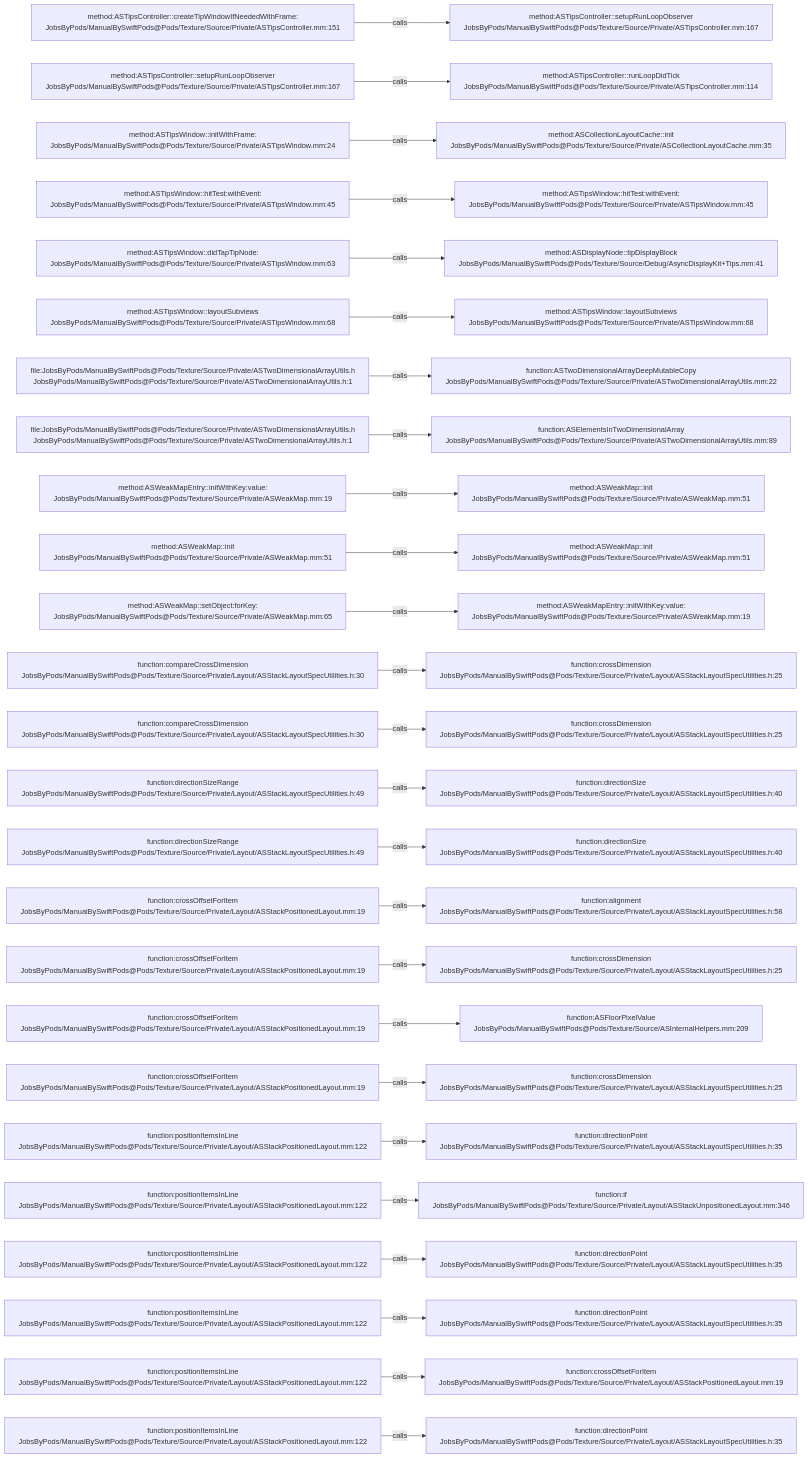
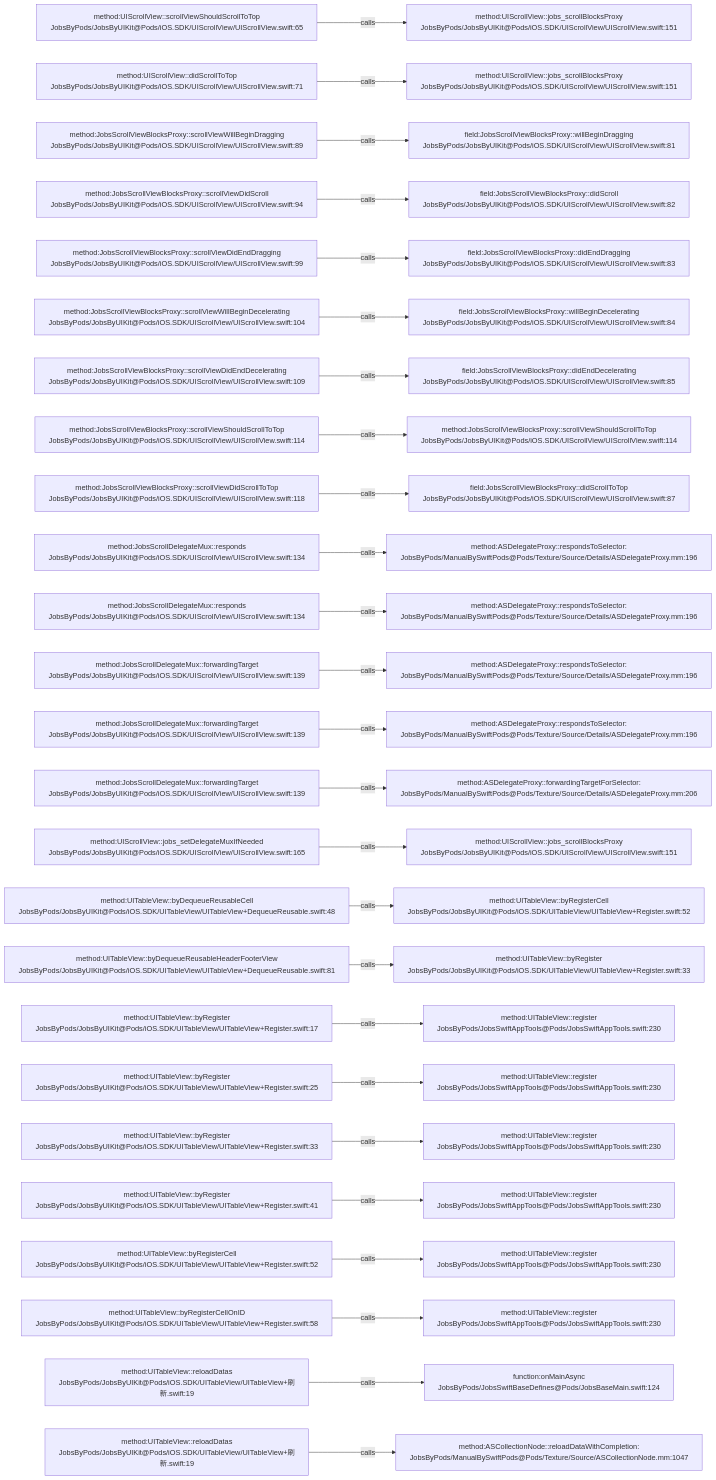
The diagram in .codegraph/codegraph.md/graphs/calls-123.md (JobsKits/JobsSwiftBaseConfigDemo), drawn with Mermaid before and after one commit. The commit also changed 224 other files, not shown here.

````diff
--- a/.codegraph/codegraph.md/graphs/calls-123.md
+++ b/.codegraph/codegraph.md/graphs/calls-123.md
@@ -13,78 +13,78 @@
 ```mermaid
 flowchart LR
-  S1["method:ASTipsController::createTipWindowIfNeededWithFrame:<br/>JobsByPods/ManualBySwiftPods@Pods/Texture/Source/Private/ASTipsController.mm:151"]
-  T1["method:ASTipsController::setupRunLoopObserver<br/>JobsByPods/ManualBySwiftPods@Pods/Texture/Source/Private/ASTipsController.mm:167"]
+  S1["method:UIScrollView::scrollViewShouldScrollToTop<br/>JobsByPods/JobsByUIKit@Pods/iOS.SDK/UIScrollView/UIScrollView.swift:65"]
+  T1["method:UIScrollView::jobs_scrollBlocksProxy<br/>JobsByPods/JobsByUIKit@Pods/iOS.SDK/UIScrollView/UIScrollView.swift:151"]
   S1 -->|calls| T1
-  S2["method:ASTipsController::setupRunLoopObserver<br/>JobsByPods/ManualBySwiftPods@Pods/Texture/Source/Private/ASTipsController.mm:167"]
-  T2["method:ASTipsController::runLoopDidTick<br/>JobsByPods/ManualBySwiftPods@Pods/Texture/Source/Private/ASTipsController.mm:114"]
+  S2["method:UIScrollView::didScrollToTop<br/>JobsByPods/JobsByUIKit@Pods/iOS.SDK/UIScrollView/UIScrollView.swift:71"]
+  T2["method:UIScrollView::jobs_scrollBlocksProxy<br/>JobsByPods/JobsByUIKit@Pods/iOS.SDK/UIScrollView/UIScrollView.swift:151"]
   S2 -->|calls| T2
-  S3["method:ASTipsWindow::initWithFrame:<br/>JobsByPods/ManualBySwiftPods@Pods/Texture/Source/Private/ASTipsWindow.mm:24"]
-  T3["method:ASCollectionLayoutCache::init<br/>JobsByPods/ManualBySwiftPods@Pods/Texture/Source/Private/ASCollectionLayoutCache.mm:35"]
+  S3["method:JobsScrollViewBlocksProxy::scrollViewWillBeginDragging<br/>JobsByPods/JobsByUIKit@Pods/iOS.SDK/UIScrollView/UIScrollView.swift:89"]
+  T3["field:JobsScrollViewBlocksProxy::willBeginDragging<br/>JobsByPods/JobsByUIKit@Pods/iOS.SDK/UIScrollView/UIScrollView.swift:81"]
   S3 -->|calls| T3
-  S4["method:ASTipsWindow::hitTest:withEvent:<br/>JobsByPods/ManualBySwiftPods@Pods/Texture/Source/Private/ASTipsWindow.mm:45"]
-  T4["method:ASTipsWindow::hitTest:withEvent:<br/>JobsByPods/ManualBySwiftPods@Pods/Texture/Source/Private/ASTipsWindow.mm:45"]
+  S4["method:JobsScrollViewBlocksProxy::scrollViewDidScroll<br/>JobsByPods/JobsByUIKit@Pods/iOS.SDK/UIScrollView/UIScrollView.swift:94"]
+  T4["field:JobsScrollViewBlocksProxy::didScroll<br/>JobsByPods/JobsByUIKit@Pods/iOS.SDK/UIScrollView/UIScrollView.swift:82"]
   S4 -->|calls| T4
-  S5["method:ASTipsWindow::didTapTipNode:<br/>JobsByPods/ManualBySwiftPods@Pods/Texture/Source/Private/ASTipsWindow.mm:63"]
-  T5["method:ASDisplayNode::tipDisplayBlock<br/>JobsByPods/ManualBySwiftPods@Pods/Texture/Source/Debug/AsyncDisplayKit+Tips.mm:41"]
+  S5["method:JobsScrollViewBlocksProxy::scrollViewDidEndDragging<br/>JobsByPods/JobsByUIKit@Pods/iOS.SDK/UIScrollView/UIScrollView.swift:99"]
+  T5["field:JobsScrollViewBlocksProxy::didEndDragging<br/>JobsByPods/JobsByUIKit@Pods/iOS.SDK/UIScrollView/UIScrollView.swift:83"]
   S5 -->|calls| T5
-  S6["method:ASTipsWindow::layoutSubviews<br/>JobsByPods/ManualBySwiftPods@Pods/Texture/Source/Private/ASTipsWindow.mm:68"]
-  T6["method:ASTipsWindow::layoutSubviews<br/>JobsByPods/ManualBySwiftPods@Pods/Texture/Source/Private/ASTipsWindow.mm:68"]
+  S6["method:JobsScrollViewBlocksProxy::scrollViewWillBeginDecelerating<br/>JobsByPods/JobsByUIKit@Pods/iOS.SDK/UIScrollView/UIScrollView.swift:104"]
+  T6["field:JobsScrollViewBlocksProxy::willBeginDecelerating<br/>JobsByPods/JobsByUIKit@Pods/iOS.SDK/UIScrollView/UIScrollView.swift:84"]
   S6 -->|calls| T6
-  S7["file:JobsByPods/ManualBySwiftPods@Pods/Texture/Source/Private/ASTwoDimensionalArrayUtils.h<br/>JobsByPods/ManualBySwiftPods@Pods/Texture/Source/Private/ASTwoDimensionalArrayUtils.h:1"]
-  T7["function:ASTwoDimensionalArrayDeepMutableCopy<br/>JobsByPods/ManualBySwiftPods@Pods/Texture/Source/Private/ASTwoDimensionalArrayUtils.mm:22"]
+  S7["method:JobsScrollViewBlocksProxy::scrollViewDidEndDecelerating<br/>JobsByPods/JobsByUIKit@Pods/iOS.SDK/UIScrollView/UIScrollView.swift:109"]
+  T7["field:JobsScrollViewBlocksProxy::didEndDecelerating<br/>JobsByPods/JobsByUIKit@Pods/iOS.SDK/UIScrollView/UIScrollView.swift:85"]
   S7 -->|calls| T7
-  S8["file:JobsByPods/ManualBySwiftPods@Pods/Texture/Source/Private/ASTwoDimensionalArrayUtils.h<br/>JobsByPods/ManualBySwiftPods@Pods/Texture/Source/Private/ASTwoDimensionalArrayUtils.h:1"]
-  T8["function:ASElementsInTwoDimensionalArray<br/>JobsByPods/ManualBySwiftPods@Pods/Texture/Source/Private/ASTwoDimensionalArrayUtils.mm:89"]
+  S8["method:JobsScrollViewBlocksProxy::scrollViewShouldScrollToTop<br/>JobsByPods/JobsByUIKit@Pods/iOS.SDK/UIScrollView/UIScrollView.swift:114"]
+  T8["method:JobsScrollViewBlocksProxy::scrollViewShouldScrollToTop<br/>JobsByPods/JobsByUIKit@Pods/iOS.SDK/UIScrollView/UIScrollView.swift:114"]
   S8 -->|calls| T8
-  S9["method:ASWeakMapEntry::initWithKey:value:<br/>JobsByPods/ManualBySwiftPods@Pods/Texture/Source/Private/ASWeakMap.mm:19"]
-  T9["method:ASWeakMap::init<br/>JobsByPods/ManualBySwiftPods@Pods/Texture/Source/Private/ASWeakMap.mm:51"]
+  S9["method:JobsScrollViewBlocksProxy::scrollViewDidScrollToTop<br/>JobsByPods/JobsByUIKit@Pods/iOS.SDK/UIScrollView/UIScrollView.swift:118"]
+  T9["field:JobsScrollViewBlocksProxy::didScrollToTop<br/>JobsByPods/JobsByUIKit@Pods/iOS.SDK/UIScrollView/UIScrollView.swift:87"]
   S9 -->|calls| T9
-  S10["method:ASWeakMap::init<br/>JobsByPods/ManualBySwiftPods@Pods/Texture/Source/Private/ASWeakMap.mm:51"]
-  T10["method:ASWeakMap::init<br/>JobsByPods/ManualBySwiftPods@Pods/Texture/Source/Private/ASWeakMap.mm:51"]
+  S10["method:JobsScrollDelegateMux::responds<br/>JobsByPods/JobsByUIKit@Pods/iOS.SDK/UIScrollView/UIScrollView.swift:134"]
+  T10["method:ASDelegateProxy::respondsToSelector:<br/>JobsByPods/ManualBySwiftPods@Pods/Texture/Source/Details/ASDelegateProxy.mm:196"]
   S10 -->|calls| T10
-  S11["method:ASWeakMap::setObject:forKey:<br/>JobsByPods/ManualBySwiftPods@Pods/Texture/Source/Private/ASWeakMap.mm:65"]
-  T11["method:ASWeakMapEntry::initWithKey:value:<br/>JobsByPods/ManualBySwiftPods@Pods/Texture/Source/Private/ASWeakMap.mm:19"]
+  S11["method:JobsScrollDelegateMux::responds<br/>JobsByPods/JobsByUIKit@Pods/iOS.SDK/UIScrollView/UIScrollView.swift:134"]
+  T11["method:ASDelegateProxy::respondsToSelector:<br/>JobsByPods/ManualBySwiftPods@Pods/Texture/Source/Details/ASDelegateProxy.mm:196"]
   S11 -->|calls| T11
-  S12["function:compareCrossDimension<br/>JobsByPods/ManualBySwiftPods@Pods/Texture/Source/Private/Layout/ASStackLayoutSpecUtilities.h:30"]
-  T12["function:crossDimension<br/>JobsByPods/ManualBySwiftPods@Pods/Texture/Source/Private/Layout/ASStackLayoutSpecUtilities.h:25"]
+  S12["method:JobsScrollDelegateMux::forwardingTarget<br/>JobsByPods/JobsByUIKit@Pods/iOS.SDK/UIScrollView/UIScrollView.swift:139"]
+  T12["method:ASDelegateProxy::respondsToSelector:<br/>JobsByPods/ManualBySwiftPods@Pods/Texture/Source/Details/ASDelegateProxy.mm:196"]
   S12 -->|calls| T12
-  S13["function:compareCrossDimension<br/>JobsByPods/ManualBySwiftPods@Pods/Texture/Source/Private/Layout/ASStackLayoutSpecUtilities.h:30"]
-  T13["function:crossDimension<br/>JobsByPods/ManualBySwiftPods@Pods/Texture/Source/Private/Layout/ASStackLayoutSpecUtilities.h:25"]
+  S13["method:JobsScrollDelegateMux::forwardingTarget<br/>JobsByPods/JobsByUIKit@Pods/iOS.SDK/UIScrollView/UIScrollView.swift:139"]
+  T13["method:ASDelegateProxy::respondsToSelector:<br/>JobsByPods/ManualBySwiftPods@Pods/Texture/Source/Details/ASDelegateProxy.mm:196"]
   S13 -->|calls| T13
-  S14["function:directionSizeRange<br/>JobsByPods/ManualBySwiftPods@Pods/Texture/Source/Private/Layout/ASStackLayoutSpecUtilities.h:49"]
-  T14["function:directionSize<br/>JobsByPods/ManualBySwiftPods@Pods/Texture/Source/Private/Layout/ASStackLayoutSpecUtilities.h:40"]
+  S14["method:JobsScrollDelegateMux::forwardingTarget<br/>JobsByPods/JobsByUIKit@Pods/iOS.SDK/UIScrollView/UIScrollView.swift:139"]
+  T14["method:ASDelegateProxy::forwardingTargetForSelector:<br/>JobsByPods/ManualBySwiftPods@Pods/Texture/Source/Details/ASDelegateProxy.mm:206"]
   S14 -->|calls| T14
-  S15["function:directionSizeRange<br/>JobsByPods/ManualBySwiftPods@Pods/Texture/Source/Private/Layout/ASStackLayoutSpecUtilities.h:49"]
-  T15["function:directionSize<br/>JobsByPods/ManualBySwiftPods@Pods/Texture/Source/Private/Layout/ASStackLayoutSpecUtilities.h:40"]
+  S15["method:UIScrollView::jobs_setDelegateMuxIfNeeded<br/>JobsByPods/JobsByUIKit@Pods/iOS.SDK/UIScrollView/UIScrollView.swift:165"]
+  T15["method:UIScrollView::jobs_scrollBlocksProxy<br/>JobsByPods/JobsByUIKit@Pods/iOS.SDK/UIScrollView/UIScrollView.swift:151"]
   S15 -->|calls| T15
-  S16["function:crossOffsetForItem<br/>JobsByPods/ManualBySwiftPods@Pods/Texture/Source/Private/Layout/ASStackPositionedLayout.mm:19"]
-  T16["function:alignment<br/>JobsByPods/ManualBySwiftPods@Pods/Texture/Source/Private/Layout/ASStackLayoutSpecUtilities.h:58"]
+  S16["method:UITableView::byDequeueReusableCell<br/>JobsByPods/JobsByUIKit@Pods/iOS.SDK/UITableView/UITableView+DequeueReusable.swift:48"]
+  T16["method:UITableView::byRegisterCell<br/>JobsByPods/JobsByUIKit@Pods/iOS.SDK/UITableView/UITableView+Register.swift:52"]
   S16 -->|calls| T16
-  S17["function:crossOffsetForItem<br/>JobsByPods/ManualBySwiftPods@Pods/Texture/Source/Private/Layout/ASStackPositionedLayout.mm:19"]
-  T17["function:crossDimension<br/>JobsByPods/ManualBySwiftPods@Pods/Texture/Source/Private/Layout/ASStackLayoutSpecUtilities.h:25"]
+  S17["method:UITableView::byDequeueReusableHeaderFooterView<br/>JobsByPods/JobsByUIKit@Pods/iOS.SDK/UITableView/UITableView+DequeueReusable.swift:81"]
+  T17["method:UITableView::byRegister<br/>JobsByPods/JobsByUIKit@Pods/iOS.SDK/UITableView/UITableView+Register.swift:33"]
   S17 -->|calls| T17
-  S18["function:crossOffsetForItem<br/>JobsByPods/ManualBySwiftPods@Pods/Texture/Source/Private/Layout/ASStackPositionedLayout.mm:19"]
-  T18["function:ASFloorPixelValue<br/>JobsByPods/ManualBySwiftPods@Pods/Texture/Source/ASInternalHelpers.mm:209"]
+  S18["method:UITableView::byRegister<br/>JobsByPods/JobsByUIKit@Pods/iOS.SDK/UITableView/UITableView+Register.swift:17"]
+  T18["method:UITableView::register<br/>JobsByPods/JobsSwiftAppTools@Pods/JobsSwiftAppTools.swift:230"]
   S18 -->|calls| T18
-  S19["function:crossOffsetForItem<br/>JobsByPods/ManualBySwiftPods@Pods/Texture/Source/Private/Layout/ASStackPositionedLayout.mm:19"]
-  T19["function:crossDimension<br/>JobsByPods/ManualBySwiftPods@Pods/Texture/Source/Private/Layout/ASStackLayoutSpecUtilities.h:25"]
+  S19["method:UITableView::byRegister<br/>JobsByPods/JobsByUIKit@Pods/iOS.SDK/UITableView/UITableView+Register.swift:25"]
+  T19["method:UITableView::register<br/>JobsByPods/JobsSwiftAppTools@Pods/JobsSwiftAppTools.swift:230"]
   S19 -->|calls| T19
-  S20["function:positionItemsInLine<br/>JobsByPods/ManualBySwiftPods@Pods/Texture/Source/Private/Layout/ASStackPositionedLayout.mm:122"]
-  T20["function:directionPoint<br/>JobsByPods/ManualBySwiftPods@Pods/Texture/Source/Private/Layout/ASStackLayoutSpecUtilities.h:35"]
+  S20["method:UITableView::byRegister<br/>JobsByPods/JobsByUIKit@Pods/iOS.SDK/UITableView/UITableView+Register.swift:33"]
+  T20["method:UITableView::register<br/>JobsByPods/JobsSwiftAppTools@Pods/JobsSwiftAppTools.swift:230"]
   S20 -->|calls| T20
-  S21["function:positionItemsInLine<br/>JobsByPods/ManualBySwiftPods@Pods/Texture/Source/Private/Layout/ASStackPositionedLayout.mm:122"]
-  T21["function:if<br/>JobsByPods/ManualBySwiftPods@Pods/Texture/Source/Private/Layout/ASStackUnpositionedLayout.mm:346"]
+  S21["method:UITableView::byRegister<br/>JobsByPods/JobsByUIKit@Pods/iOS.SDK/UITableView/UITableView+Register.swift:41"]
+  T21["method:UITableView::register<br/>JobsByPods/JobsSwiftAppTools@Pods/JobsSwiftAppTools.swift:230"]
   S21 -->|calls| T21
-  S22["function:positionItemsInLine<br/>JobsByPods/ManualBySwiftPods@Pods/Texture/Source/Private/Layout/ASStackPositionedLayout.mm:122"]
-  T22["function:directionPoint<br/>JobsByPods/ManualBySwiftPods@Pods/Texture/Source/Private/Layout/ASStackLayoutSpecUtilities.h:35"]
+  S22["method:UITableView::byRegisterCell<br/>JobsByPods/JobsByUIKit@Pods/iOS.SDK/UITableView/UITableView+Register.swift:52"]
+  T22["method:UITableView::register<br/>JobsByPods/JobsSwiftAppTools@Pods/JobsSwiftAppTools.swift:230"]
   S22 -->|calls| T22
-  S23["function:positionItemsInLine<br/>JobsByPods/ManualBySwiftPods@Pods/Texture/Source/Private/Layout/ASStackPositionedLayout.mm:122"]
-  T23["function:directionPoint<br/>JobsByPods/ManualBySwiftPods@Pods/Texture/Source/Private/Layout/ASStackLayoutSpecUtilities.h:35"]
+  S23["method:UITableView::byRegisterCellOnID<br/>JobsByPods/JobsByUIKit@Pods/iOS.SDK/UITableView/UITableView+Register.swift:58"]
+  T23["method:UITableView::register<br/>JobsByPods/JobsSwiftAppTools@Pods/JobsSwiftAppTools.swift:230"]
   S23 -->|calls| T23
-  S24["function:positionItemsInLine<br/>JobsByPods/ManualBySwiftPods@Pods/Texture/Source/Private/Layout/ASStackPositionedLayout.mm:122"]
-  T24["function:crossOffsetForItem<br/>JobsByPods/ManualBySwiftPods@Pods/Texture/Source/Private/Layout/ASStackPositionedLayout.mm:19"]
+  S24["method:UITableView::reloadDatas<br/>JobsByPods/JobsByUIKit@Pods/iOS.SDK/UITableView/UITableView+刷新.swift:19"]
+  T24["function:onMainAsync<br/>JobsByPods/JobsSwiftBaseDefines@Pods/JobsBaseMain.swift:124"]
   S24 -->|calls| T24
-  S25["function:positionItemsInLine<br/>JobsByPods/ManualBySwiftPods@Pods/Texture/Source/Private/Layout/ASStackPositionedLayout.mm:122"]
-  T25["function:directionPoint<br/>JobsByPods/ManualBySwiftPods@Pods/Texture/Source/Private/Layout/ASStackLayoutSpecUtilities.h:35"]
+  S25["method:UITableView::reloadDatas<br/>JobsByPods/JobsByUIKit@Pods/iOS.SDK/UITableView/UITableView+刷新.swift:19"]
+  T25["method:ASCollectionNode::reloadDataWithCompletion:<br/>JobsByPods/ManualBySwiftPods@Pods/Texture/Source/ASCollectionNode.mm:1047"]
   S25 -->|calls| T25
 ```
````
